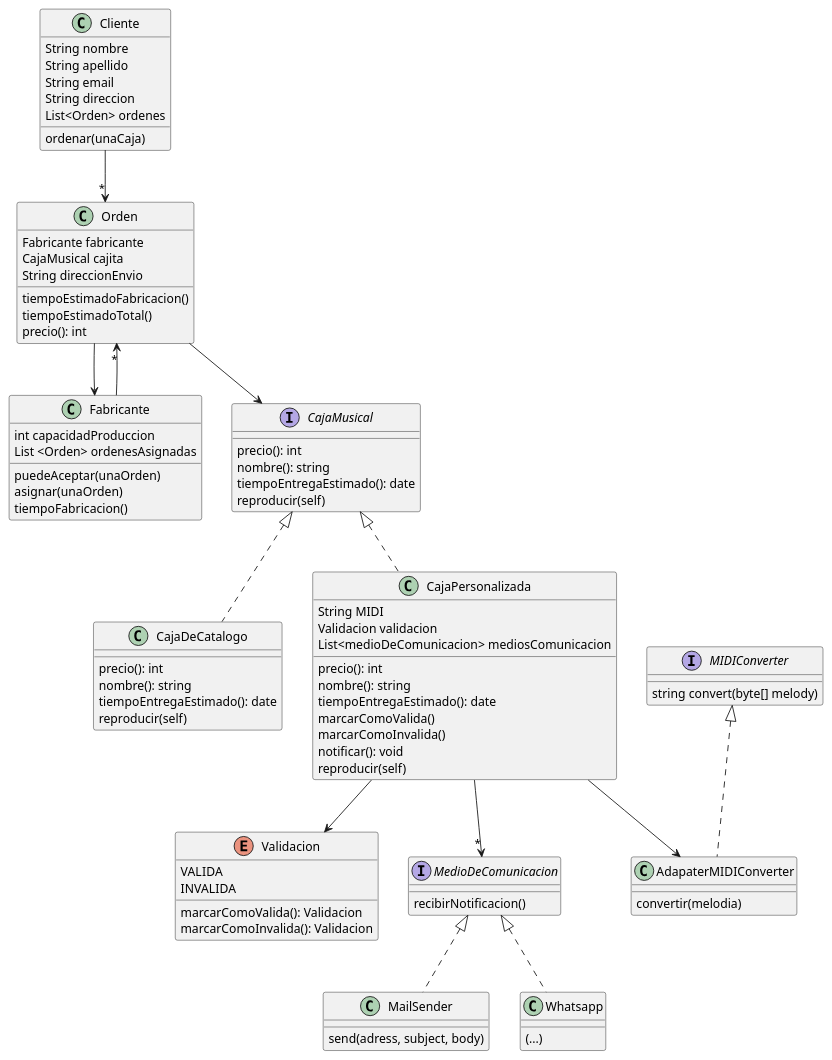
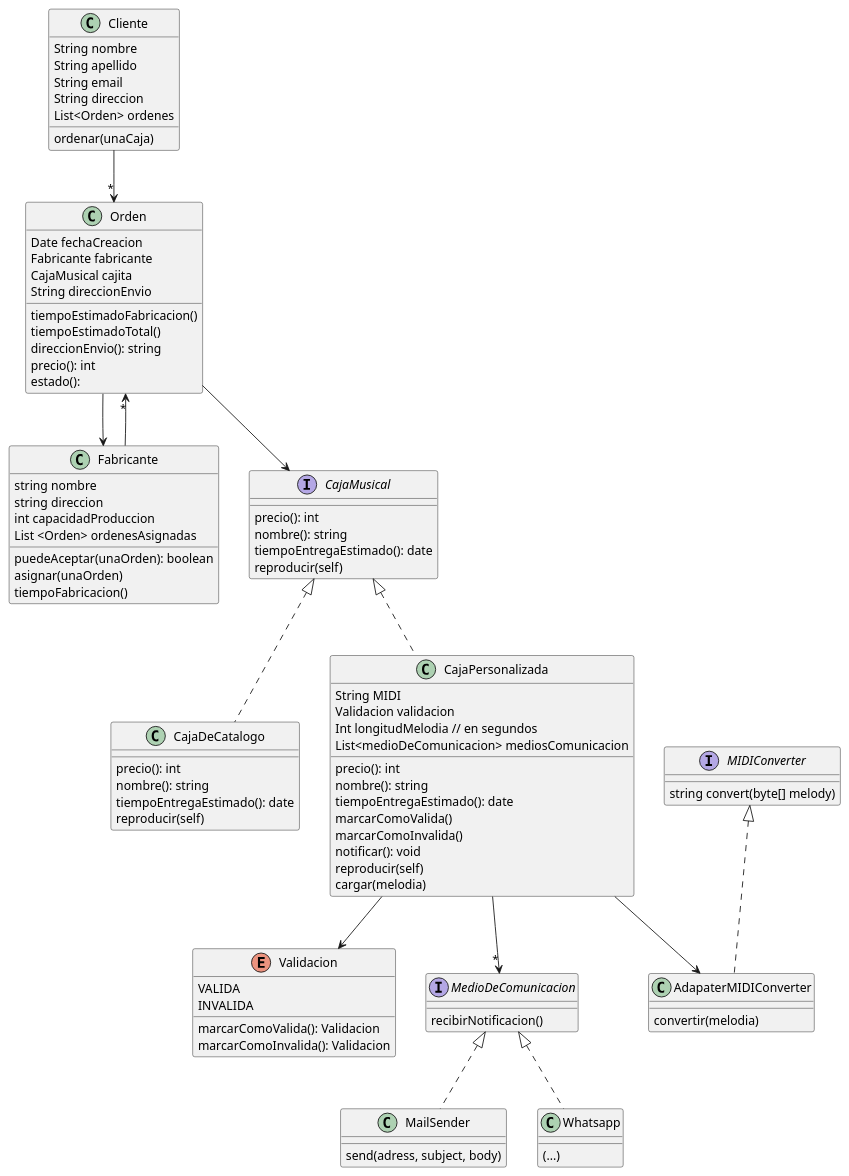
The diagram in src/main/java/Notesbox/Notesbox_diagrama.puml (NicolasOcchi/DDS-1ros-Parciales), drawn with PlantUML before and after one commit. The commit also changed 2 other files, not shown here.

```diff
--- a/src/main/java/Notesbox/Notesbox_diagrama.puml
+++ b/src/main/java/Notesbox/Notesbox_diagrama.puml
@@ -1,95 +1,102 @@
 @startuml
 'https://plantuml.com/class-diagram
 
 class Cliente{
 String nombre
 String apellido
 String email
 String direccion
 List<Orden> ordenes
 ordenar(unaCaja)
 }
 
 Cliente -->"*" Orden
 
 class Orden{
+Date fechaCreacion
 Fabricante fabricante
 CajaMusical cajita
 String direccionEnvio
 tiempoEstimadoFabricacion()
 tiempoEstimadoTotal()
+direccionEnvio(): string
 precio(): int
+estado():
 }
 Orden --> Fabricante
 Orden --> CajaMusical
 
 interface CajaMusical{
 precio(): int
 nombre(): string
 tiempoEntregaEstimado(): date
 reproducir(self)
 }
 
 class CajaDeCatalogo implements CajaMusical{
 precio(): int
 nombre(): string
 tiempoEntregaEstimado(): date
 reproducir(self)
 }
 
 class CajaPersonalizada implements CajaMusical{
 String MIDI
 Validacion validacion
+Int longitudMelodia // en segundos
 List<medioDeComunicacion> mediosComunicacion
 precio(): int
 nombre(): string
 tiempoEntregaEstimado(): date
 marcarComoValida()
 marcarComoInvalida()
 notificar(): void
 reproducir(self)
+cargar(melodia)
 }
 
 CajaPersonalizada --> Validacion
 'enum con compartamiento
 enum Validacion{
 VALIDA
 INVALIDA
 marcarComoValida(): Validacion
 marcarComoInvalida(): Validacion
 }
 
 interface MIDIConverter{
 string convert(byte[] melody)
 }
 
 class AdapaterMIDIConverter implements MIDIConverter{
     convertir(melodia)
 }
 
 CajaPersonalizada --> AdapaterMIDIConverter
 CajaPersonalizada -->"*" MedioDeComunicacion
 
 interface MedioDeComunicacion{
     recibirNotificacion()
 }
 
 class MailSender implements MedioDeComunicacion{
 send(adress, subject, body)
 }
 
 class Whatsapp implements MedioDeComunicacion{
 (...)
 }
 
 Fabricante -->"*" Orden
 
 class Fabricante{
+string nombre
+string direccion
 int capacidadProduccion
 List <Orden> ordenesAsignadas
-puedeAceptar(unaOrden)
+puedeAceptar(unaOrden): boolean
 asignar(unaOrden)
 tiempoFabricacion()
 }
 
 @enduml
```
